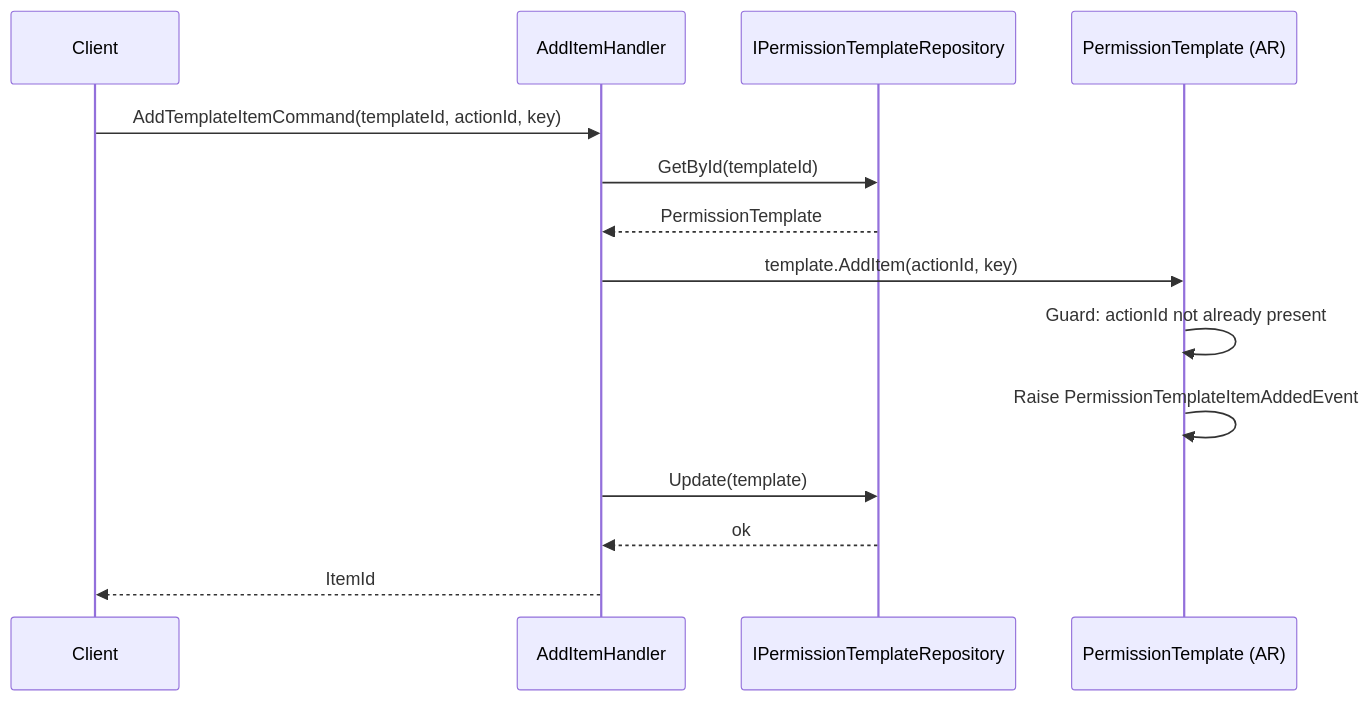
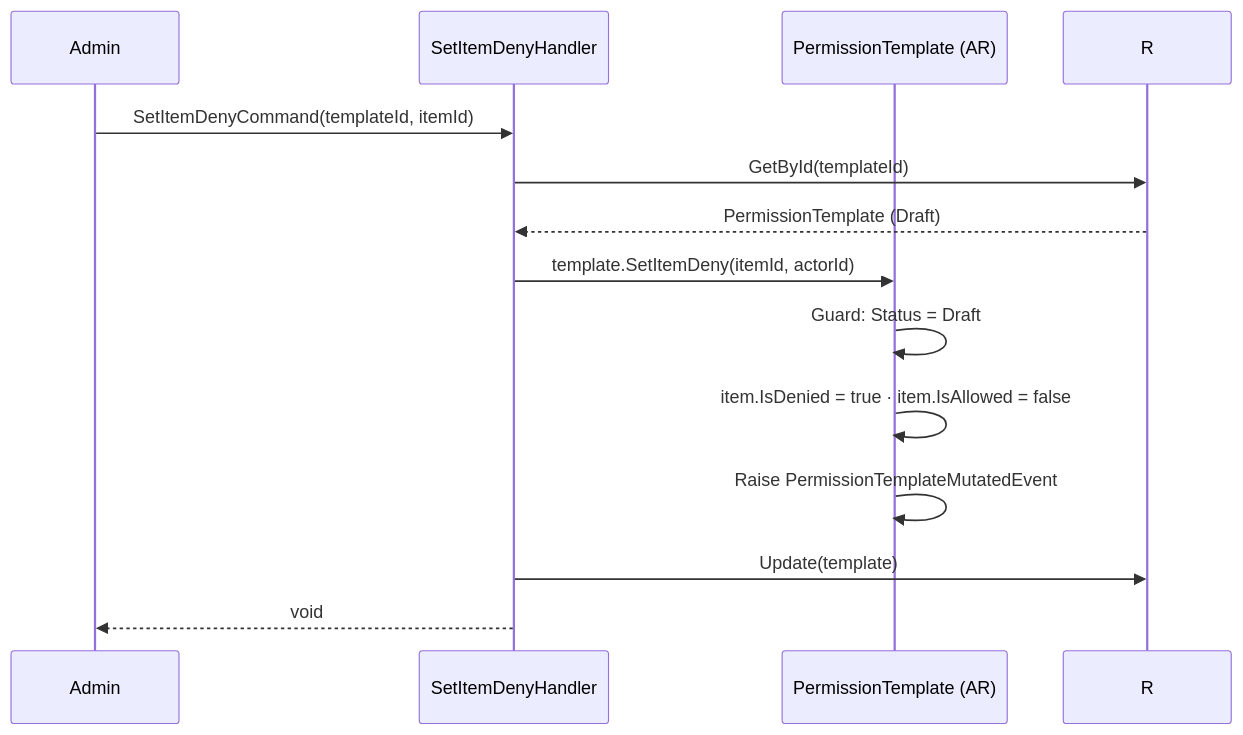
One commit to beyondnetcode/ums changed the fifth of 7 diagrams in docs/domain/authorization/permission-template.md. Above: the diagram before and after it, drawn with Mermaid. The commit also changed other lines of this file, not shown here.

First line of the commit message:
docs(authorization): rewrite PermissionTemplate AR doc to match source code

````diff
--- a/docs/domain/authorization/permission-template.md
+++ b/docs/domain/authorization/permission-template.md
@@ -105,17 +272,16 @@
 ```mermaid
 sequenceDiagram
-    participant C as Client
-    participant H as AddItemHandler
-    participant R as IPermissionTemplateRepository
+    participant A as Admin
+    participant H as SetItemDenyHandler
     participant T as PermissionTemplate (AR)
 
-    C->>H: AddTemplateItemCommand(templateId, actionId, key)
+    A->>H: SetItemDenyCommand(templateId, itemId)
     H->>R: GetById(templateId)
-    R-->>H: PermissionTemplate
-    H->>T: template.AddItem(actionId, key)
-    T->>T: Guard: actionId not already present
-    T->>T: Raise PermissionTemplateItemAddedEvent
+    R-->>H: PermissionTemplate (Draft)
+    H->>T: template.SetItemDeny(itemId, actorId)
+    T->>T: Guard: Status = Draft
+    T->>T: item.IsDenied = true · item.IsAllowed = false
+    T->>T: Raise PermissionTemplateMutatedEvent
     H->>R: Update(template)
-    R-->>H: ok
-    H-->>C: ItemId
+    H-->>A: void
 ```
````
